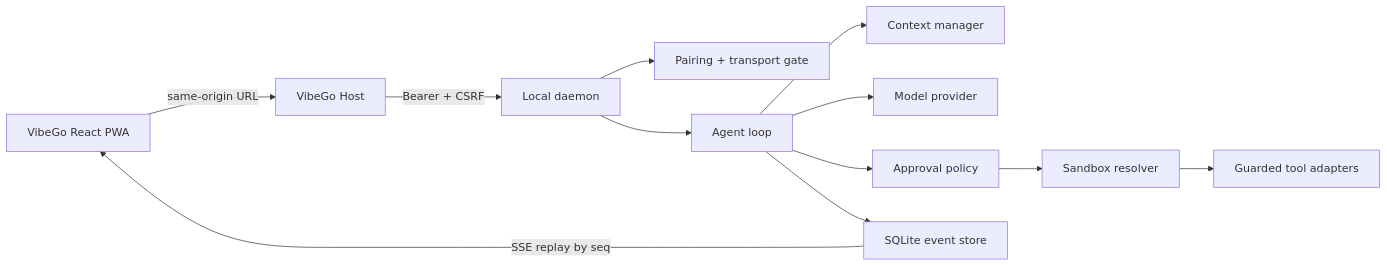
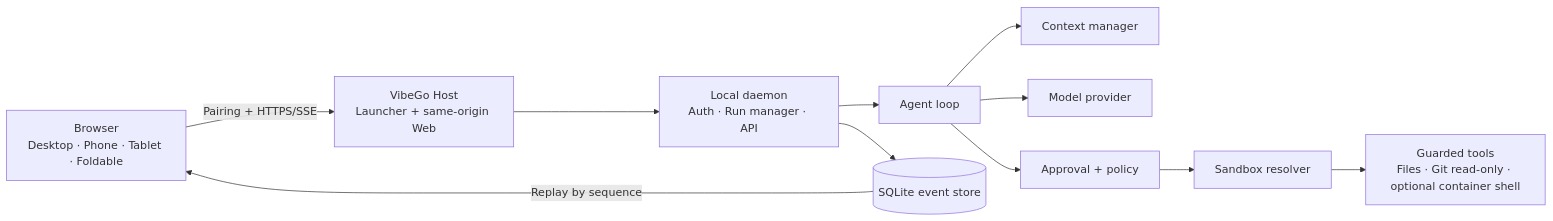
The diagram in README.md (stlin256/VibeGo), drawn with Mermaid before and after one commit. The commit also changed other lines of this file and 1 other file, not shown here.

Commit message:
docs(readme): refresh user onboarding and architecture overview

````diff
--- a/README.md
+++ b/README.md
@@ -17,14 +44,24 @@
 ```mermaid
 flowchart LR
-    Browser["VibeGo React PWA"] -->|"same-origin URL"| Host["VibeGo Host"]
-    Host -->|"Bearer + CSRF"| Daemon["Local daemon"]
-    Daemon --> Auth["Pairing + transport gate"]
-    Daemon --> Loop["Agent loop"]
-    Loop --> Context["Context manager"]
-    Loop --> Model["Model provider"]
-    Loop --> Policy["Approval policy"]
-    Policy --> Sandbox["Sandbox resolver"]
-    Sandbox --> Tools["Guarded tool adapters"]
-    Loop --> Events["SQLite event store"]
-    Events -->|"SSE replay by seq"| Browser
+    B["Browser<br/>Desktop · Phone · Tablet · Foldable"]
+    H["VibeGo Host<br/>Launcher + same-origin Web"]
+    D["Local daemon<br/>Auth · Run manager · API"]
+    L["Agent loop"]
+    C["Context manager"]
+    M["Model provider"]
+    P["Approval + policy"]
+    S["Sandbox resolver"]
+    T["Guarded tools<br/>Files · Git read-only · optional container shell"]
+    E[("SQLite event store")]
+
+    B -->|"Pairing + HTTPS/SSE"| H
+    H --> D
+    D --> L
+    L --> C
+    L --> M
+    L --> P
+    P --> S
+    S --> T
+    D --> E
+    E -->|"Replay by sequence"| B
 ```
````
